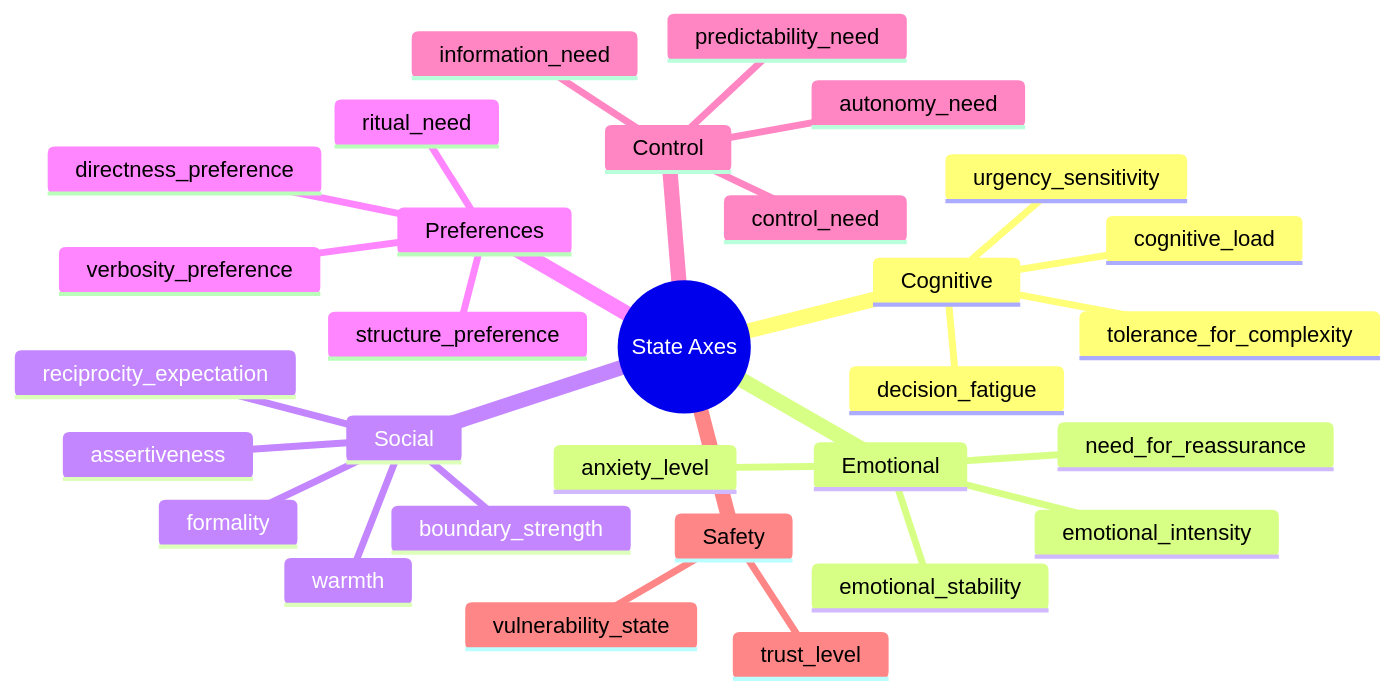
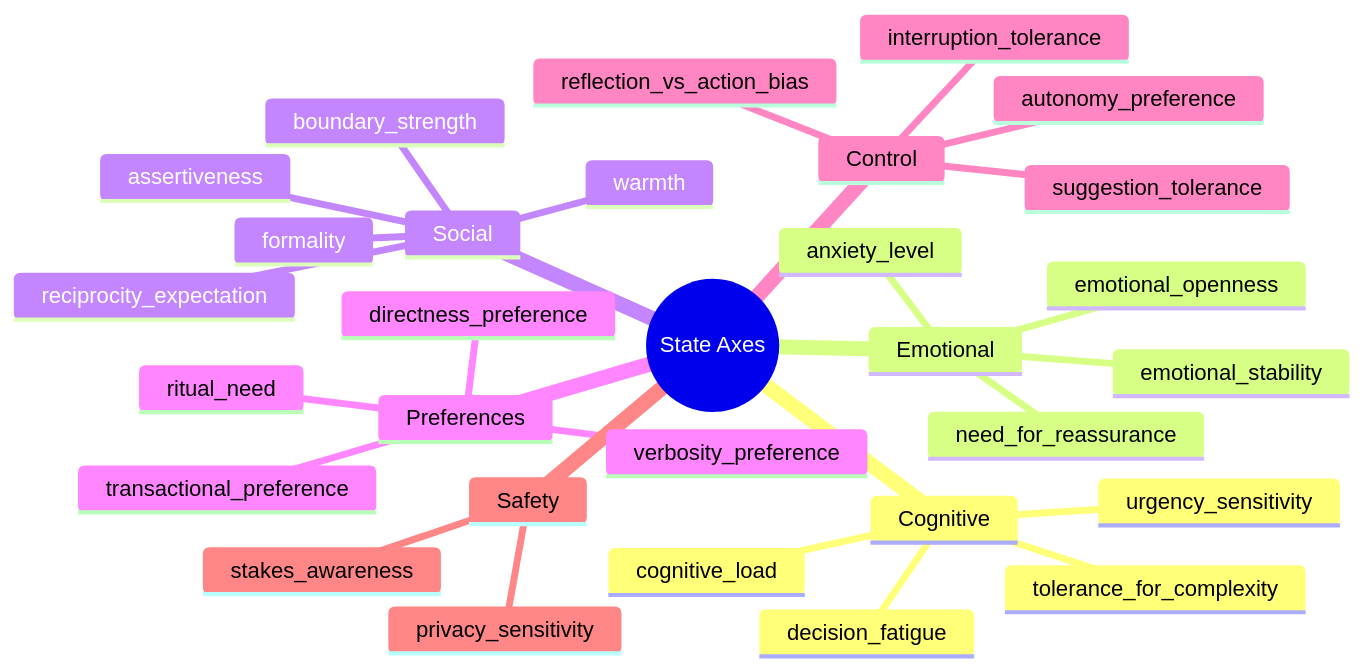
The fourth of 4 diagrams in README.md (JtPerez-Acle/Attuned), drawn with Mermaid before and after one commit. The commit also changed other lines of this file and 40 other files, not shown here.

````diff
--- a/README.md
+++ b/README.md
@@ -378,33 +475,33 @@
 ```mermaid
 mindmap
   root((State Axes))
     Cognitive
       cognitive_load
       decision_fatigue
       tolerance_for_complexity
       urgency_sensitivity
     Emotional
-      emotional_intensity
+      emotional_openness
       emotional_stability
       anxiety_level
       need_for_reassurance
     Social
       warmth
       formality
       boundary_strength
       assertiveness
       reciprocity_expectation
     Preferences
       ritual_need
+      transactional_preference
+      verbosity_preference
       directness_preference
-      verbosity_preference
-      structure_preference
     Control
-      autonomy_need
-      information_need
-      predictability_need
-      control_need
+      autonomy_preference
+      suggestion_tolerance
+      interruption_tolerance
+      reflection_vs_action_bias
     Safety
-      vulnerability_state
-      trust_level
+      stakes_awareness
+      privacy_sensitivity
 ```
````
